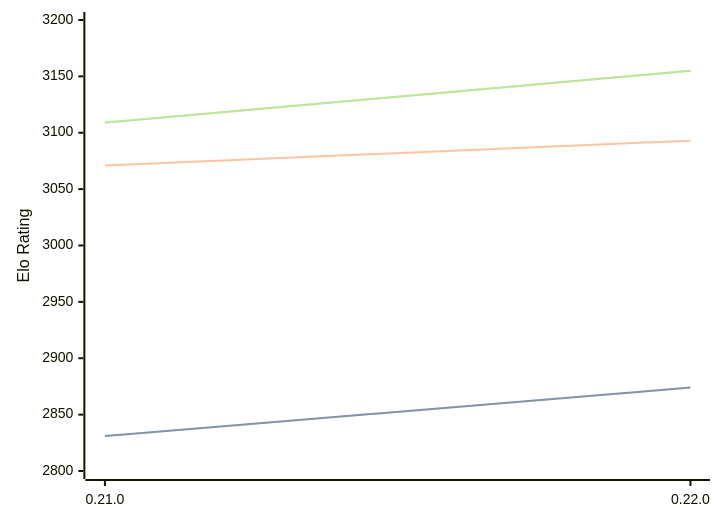
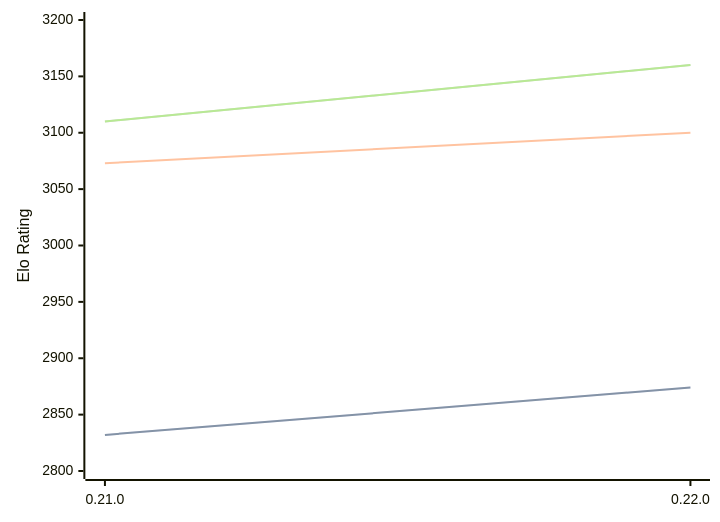
One commit to computer-chess-index/cci changed the diagram in engines/Princhess.md. Above: the diagram before and after it, drawn with Mermaid. The commit also changed other lines of this file, not shown here.

Commit message:
Update CCI Ratings (ELO VLTC) - 2026-08-22

````diff
--- a/engines/Princhess.md
+++ b/engines/Princhess.md
@@ -32,11 +32,11 @@
 ```mermaid
 %%{init: {"theme":"base","themeVariables":{"seriesColors:['#a3a3a3','#222221','#faa371']}}}%%
 xychart-beta
   x-axis ["0.21.0", "0.22.0"]
   y-axis "Elo Rating" 2800 --> 3200
-  line "STC (8.0+0.08s)" [2831, 2874]
-  line "STC (8.0+0.08s)" [2831, 2874]
-  line "LTC (60.0+0.60s)" [3071, 3093]
-  line "VLTC (2m24s+1.12s)" [3109, 3155]
-  line "VLTC (2m24s+1.12s)" [3109, 3155]
+  line "STC (8.0+0.08s)" [2832, 2874]
+  line "STC (8.0+0.08s)" [2832, 2874]
+  line "LTC (60.0+0.60s)" [3073, 3100]
+  line "VLTC (2m24s+1.12s)" [3110, 3160]
+  line "VLTC (2m24s+1.12s)" [3110, 3160]
 ```
````
